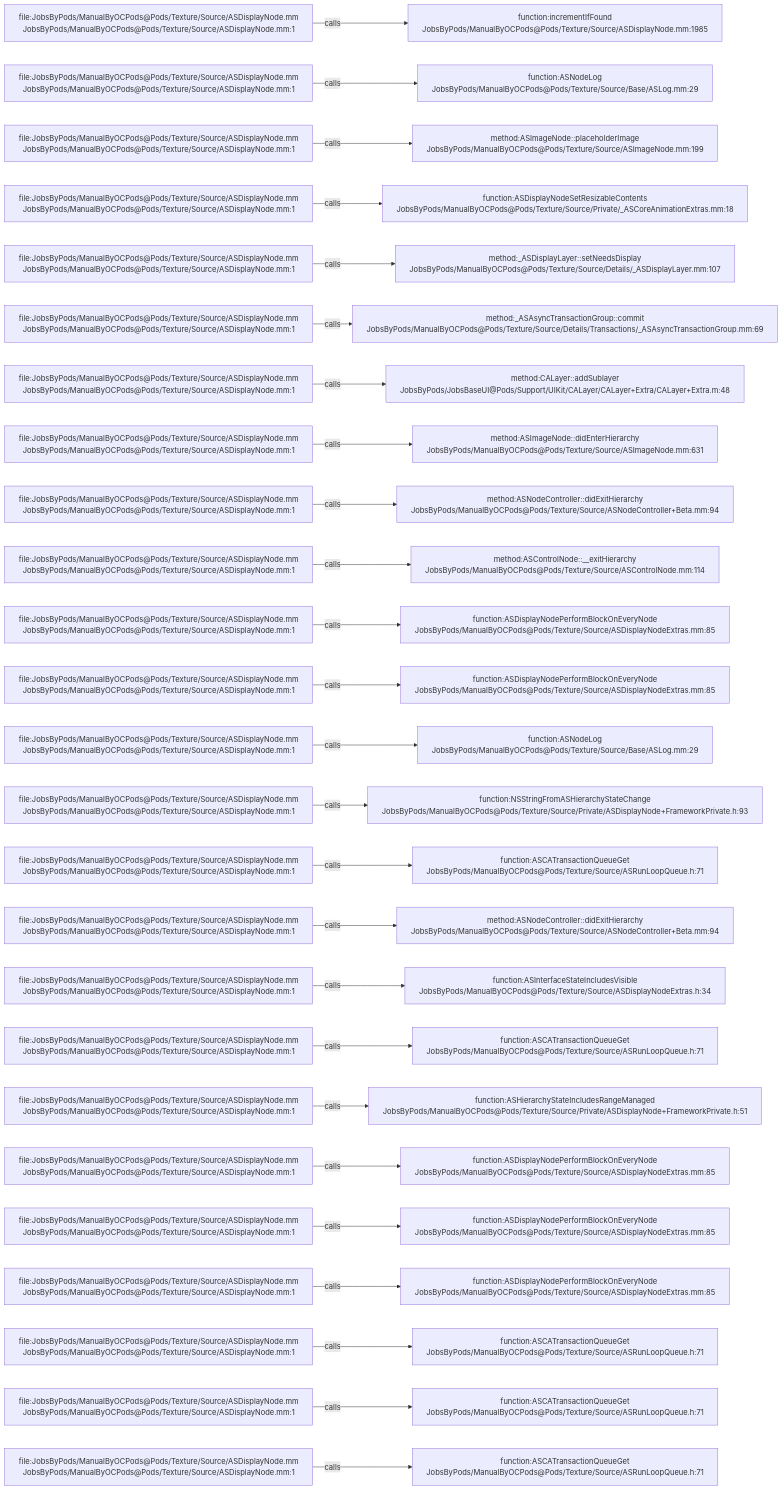
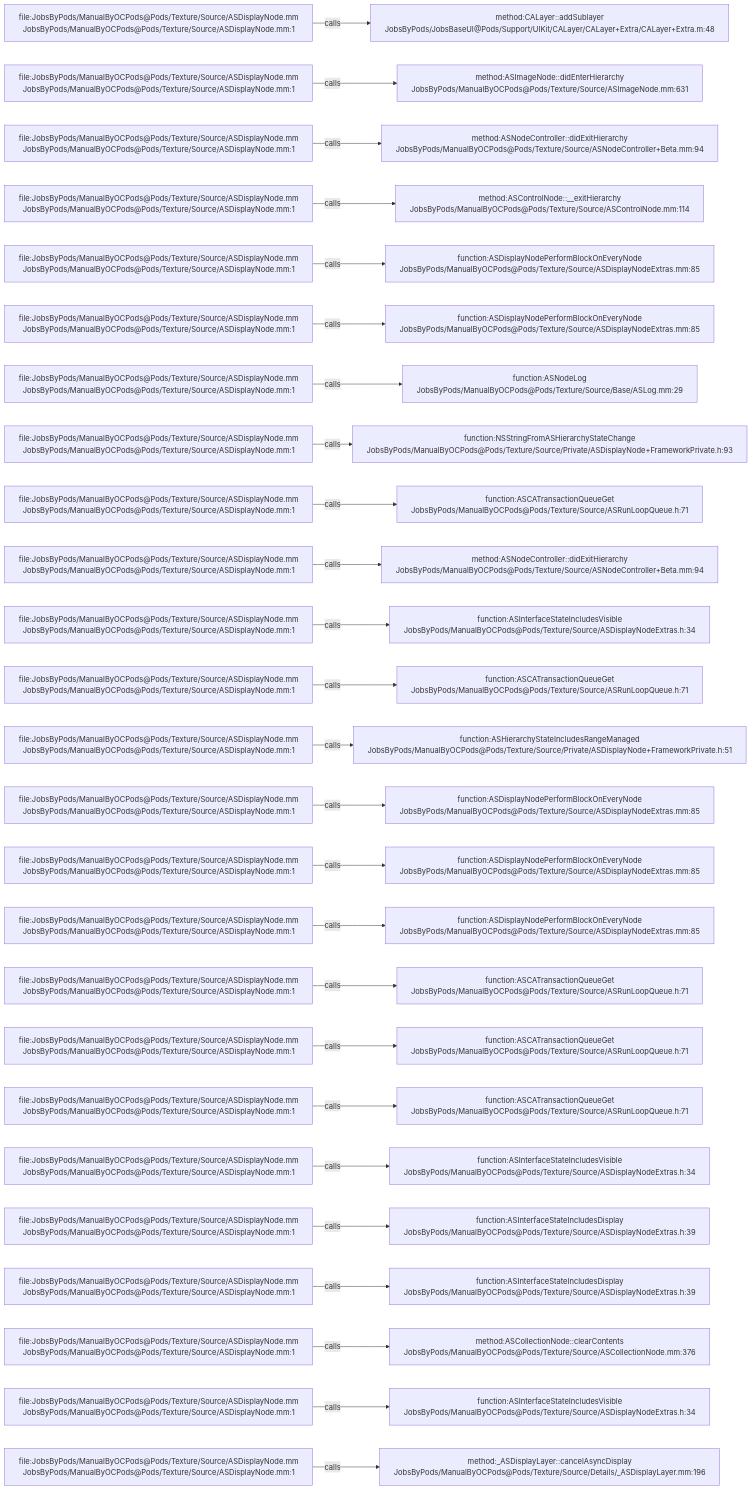
The diagram in .codegraph/codegraph.md/graphs/calls-094.md (JobsKits/JobsOCBaseConfigDemo), drawn with Mermaid before and after one commit. The commit also changed 666 other files, not shown here.

````diff
--- a/.codegraph/codegraph.md/graphs/calls-094.md
+++ b/.codegraph/codegraph.md/graphs/calls-094.md
@@ -13,78 +13,78 @@
 ```mermaid
 flowchart LR
   S1["file:JobsByPods/ManualByOCPods@Pods/Texture/Source/ASDisplayNode.mm<br/>JobsByPods/ManualByOCPods@Pods/Texture/Source/ASDisplayNode.mm:1"]
-  T1["function:incrementIfFound<br/>JobsByPods/ManualByOCPods@Pods/Texture/Source/ASDisplayNode.mm:1985"]
+  T1["method:CALayer::addSublayer<br/>JobsByPods/JobsBaseUI@Pods/Support/UIKit/CALayer/CALayer+Extra/CALayer+Extra.m:48"]
   S1 -->|calls| T1
   S2["file:JobsByPods/ManualByOCPods@Pods/Texture/Source/ASDisplayNode.mm<br/>JobsByPods/ManualByOCPods@Pods/Texture/Source/ASDisplayNode.mm:1"]
-  T2["function:ASNodeLog<br/>JobsByPods/ManualByOCPods@Pods/Texture/Source/Base/ASLog.mm:29"]
+  T2["method:ASImageNode::didEnterHierarchy<br/>JobsByPods/ManualByOCPods@Pods/Texture/Source/ASImageNode.mm:631"]
   S2 -->|calls| T2
   S3["file:JobsByPods/ManualByOCPods@Pods/Texture/Source/ASDisplayNode.mm<br/>JobsByPods/ManualByOCPods@Pods/Texture/Source/ASDisplayNode.mm:1"]
-  T3["method:ASImageNode::placeholderImage<br/>JobsByPods/ManualByOCPods@Pods/Texture/Source/ASImageNode.mm:199"]
+  T3["method:ASNodeController::didExitHierarchy<br/>JobsByPods/ManualByOCPods@Pods/Texture/Source/ASNodeController+Beta.mm:94"]
   S3 -->|calls| T3
   S4["file:JobsByPods/ManualByOCPods@Pods/Texture/Source/ASDisplayNode.mm<br/>JobsByPods/ManualByOCPods@Pods/Texture/Source/ASDisplayNode.mm:1"]
-  T4["function:ASDisplayNodeSetResizableContents<br/>JobsByPods/ManualByOCPods@Pods/Texture/Source/Private/_ASCoreAnimationExtras.mm:18"]
+  T4["method:ASControlNode::__exitHierarchy<br/>JobsByPods/ManualByOCPods@Pods/Texture/Source/ASControlNode.mm:114"]
   S4 -->|calls| T4
   S5["file:JobsByPods/ManualByOCPods@Pods/Texture/Source/ASDisplayNode.mm<br/>JobsByPods/ManualByOCPods@Pods/Texture/Source/ASDisplayNode.mm:1"]
-  T5["method:_ASDisplayLayer::setNeedsDisplay<br/>JobsByPods/ManualByOCPods@Pods/Texture/Source/Details/_ASDisplayLayer.mm:107"]
+  T5["function:ASDisplayNodePerformBlockOnEveryNode<br/>JobsByPods/ManualByOCPods@Pods/Texture/Source/ASDisplayNodeExtras.mm:85"]
   S5 -->|calls| T5
   S6["file:JobsByPods/ManualByOCPods@Pods/Texture/Source/ASDisplayNode.mm<br/>JobsByPods/ManualByOCPods@Pods/Texture/Source/ASDisplayNode.mm:1"]
-  T6["method:_ASAsyncTransactionGroup::commit<br/>JobsByPods/ManualByOCPods@Pods/Texture/Source/Details/Transactions/_ASAsyncTransactionGroup.mm:69"]
+  T6["function:ASDisplayNodePerformBlockOnEveryNode<br/>JobsByPods/ManualByOCPods@Pods/Texture/Source/ASDisplayNodeExtras.mm:85"]
   S6 -->|calls| T6
   S7["file:JobsByPods/ManualByOCPods@Pods/Texture/Source/ASDisplayNode.mm<br/>JobsByPods/ManualByOCPods@Pods/Texture/Source/ASDisplayNode.mm:1"]
-  T7["method:CALayer::addSublayer<br/>JobsByPods/JobsBaseUI@Pods/Support/UIKit/CALayer/CALayer+Extra/CALayer+Extra.m:48"]
+  T7["function:ASNodeLog<br/>JobsByPods/ManualByOCPods@Pods/Texture/Source/Base/ASLog.mm:29"]
   S7 -->|calls| T7
   S8["file:JobsByPods/ManualByOCPods@Pods/Texture/Source/ASDisplayNode.mm<br/>JobsByPods/ManualByOCPods@Pods/Texture/Source/ASDisplayNode.mm:1"]
-  T8["method:ASImageNode::didEnterHierarchy<br/>JobsByPods/ManualByOCPods@Pods/Texture/Source/ASImageNode.mm:631"]
+  T8["function:NSStringFromASHierarchyStateChange<br/>JobsByPods/ManualByOCPods@Pods/Texture/Source/Private/ASDisplayNode+FrameworkPrivate.h:93"]
   S8 -->|calls| T8
   S9["file:JobsByPods/ManualByOCPods@Pods/Texture/Source/ASDisplayNode.mm<br/>JobsByPods/ManualByOCPods@Pods/Texture/Source/ASDisplayNode.mm:1"]
-  T9["method:ASNodeController::didExitHierarchy<br/>JobsByPods/ManualByOCPods@Pods/Texture/Source/ASNodeController+Beta.mm:94"]
+  T9["function:ASCATransactionQueueGet<br/>JobsByPods/ManualByOCPods@Pods/Texture/Source/ASRunLoopQueue.h:71"]
   S9 -->|calls| T9
   S10["file:JobsByPods/ManualByOCPods@Pods/Texture/Source/ASDisplayNode.mm<br/>JobsByPods/ManualByOCPods@Pods/Texture/Source/ASDisplayNode.mm:1"]
-  T10["method:ASControlNode::__exitHierarchy<br/>JobsByPods/ManualByOCPods@Pods/Texture/Source/ASControlNode.mm:114"]
+  T10["method:ASNodeController::didExitHierarchy<br/>JobsByPods/ManualByOCPods@Pods/Texture/Source/ASNodeController+Beta.mm:94"]
   S10 -->|calls| T10
   S11["file:JobsByPods/ManualByOCPods@Pods/Texture/Source/ASDisplayNode.mm<br/>JobsByPods/ManualByOCPods@Pods/Texture/Source/ASDisplayNode.mm:1"]
-  T11["function:ASDisplayNodePerformBlockOnEveryNode<br/>JobsByPods/ManualByOCPods@Pods/Texture/Source/ASDisplayNodeExtras.mm:85"]
+  T11["function:ASInterfaceStateIncludesVisible<br/>JobsByPods/ManualByOCPods@Pods/Texture/Source/ASDisplayNodeExtras.h:34"]
   S11 -->|calls| T11
   S12["file:JobsByPods/ManualByOCPods@Pods/Texture/Source/ASDisplayNode.mm<br/>JobsByPods/ManualByOCPods@Pods/Texture/Source/ASDisplayNode.mm:1"]
-  T12["function:ASDisplayNodePerformBlockOnEveryNode<br/>JobsByPods/ManualByOCPods@Pods/Texture/Source/ASDisplayNodeExtras.mm:85"]
+  T12["function:ASCATransactionQueueGet<br/>JobsByPods/ManualByOCPods@Pods/Texture/Source/ASRunLoopQueue.h:71"]
   S12 -->|calls| T12
   S13["file:JobsByPods/ManualByOCPods@Pods/Texture/Source/ASDisplayNode.mm<br/>JobsByPods/ManualByOCPods@Pods/Texture/Source/ASDisplayNode.mm:1"]
-  T13["function:ASNodeLog<br/>JobsByPods/ManualByOCPods@Pods/Texture/Source/Base/ASLog.mm:29"]
+  T13["function:ASHierarchyStateIncludesRangeManaged<br/>JobsByPods/ManualByOCPods@Pods/Texture/Source/Private/ASDisplayNode+FrameworkPrivate.h:51"]
   S13 -->|calls| T13
   S14["file:JobsByPods/ManualByOCPods@Pods/Texture/Source/ASDisplayNode.mm<br/>JobsByPods/ManualByOCPods@Pods/Texture/Source/ASDisplayNode.mm:1"]
-  T14["function:NSStringFromASHierarchyStateChange<br/>JobsByPods/ManualByOCPods@Pods/Texture/Source/Private/ASDisplayNode+FrameworkPrivate.h:93"]
+  T14["function:ASDisplayNodePerformBlockOnEveryNode<br/>JobsByPods/ManualByOCPods@Pods/Texture/Source/ASDisplayNodeExtras.mm:85"]
   S14 -->|calls| T14
   S15["file:JobsByPods/ManualByOCPods@Pods/Texture/Source/ASDisplayNode.mm<br/>JobsByPods/ManualByOCPods@Pods/Texture/Source/ASDisplayNode.mm:1"]
-  T15["function:ASCATransactionQueueGet<br/>JobsByPods/ManualByOCPods@Pods/Texture/Source/ASRunLoopQueue.h:71"]
+  T15["function:ASDisplayNodePerformBlockOnEveryNode<br/>JobsByPods/ManualByOCPods@Pods/Texture/Source/ASDisplayNodeExtras.mm:85"]
   S15 -->|calls| T15
   S16["file:JobsByPods/ManualByOCPods@Pods/Texture/Source/ASDisplayNode.mm<br/>JobsByPods/ManualByOCPods@Pods/Texture/Source/ASDisplayNode.mm:1"]
-  T16["method:ASNodeController::didExitHierarchy<br/>JobsByPods/ManualByOCPods@Pods/Texture/Source/ASNodeController+Beta.mm:94"]
+  T16["function:ASDisplayNodePerformBlockOnEveryNode<br/>JobsByPods/ManualByOCPods@Pods/Texture/Source/ASDisplayNodeExtras.mm:85"]
   S16 -->|calls| T16
   S17["file:JobsByPods/ManualByOCPods@Pods/Texture/Source/ASDisplayNode.mm<br/>JobsByPods/ManualByOCPods@Pods/Texture/Source/ASDisplayNode.mm:1"]
-  T17["function:ASInterfaceStateIncludesVisible<br/>JobsByPods/ManualByOCPods@Pods/Texture/Source/ASDisplayNodeExtras.h:34"]
+  T17["function:ASCATransactionQueueGet<br/>JobsByPods/ManualByOCPods@Pods/Texture/Source/ASRunLoopQueue.h:71"]
   S17 -->|calls| T17
   S18["file:JobsByPods/ManualByOCPods@Pods/Texture/Source/ASDisplayNode.mm<br/>JobsByPods/ManualByOCPods@Pods/Texture/Source/ASDisplayNode.mm:1"]
   T18["function:ASCATransactionQueueGet<br/>JobsByPods/ManualByOCPods@Pods/Texture/Source/ASRunLoopQueue.h:71"]
   S18 -->|calls| T18
   S19["file:JobsByPods/ManualByOCPods@Pods/Texture/Source/ASDisplayNode.mm<br/>JobsByPods/ManualByOCPods@Pods/Texture/Source/ASDisplayNode.mm:1"]
-  T19["function:ASHierarchyStateIncludesRangeManaged<br/>JobsByPods/ManualByOCPods@Pods/Texture/Source/Private/ASDisplayNode+FrameworkPrivate.h:51"]
+  T19["function:ASCATransactionQueueGet<br/>JobsByPods/ManualByOCPods@Pods/Texture/Source/ASRunLoopQueue.h:71"]
   S19 -->|calls| T19
   S20["file:JobsByPods/ManualByOCPods@Pods/Texture/Source/ASDisplayNode.mm<br/>JobsByPods/ManualByOCPods@Pods/Texture/Source/ASDisplayNode.mm:1"]
-  T20["function:ASDisplayNodePerformBlockOnEveryNode<br/>JobsByPods/ManualByOCPods@Pods/Texture/Source/ASDisplayNodeExtras.mm:85"]
+  T20["function:ASInterfaceStateIncludesVisible<br/>JobsByPods/ManualByOCPods@Pods/Texture/Source/ASDisplayNodeExtras.h:34"]
   S20 -->|calls| T20
   S21["file:JobsByPods/ManualByOCPods@Pods/Texture/Source/ASDisplayNode.mm<br/>JobsByPods/ManualByOCPods@Pods/Texture/Source/ASDisplayNode.mm:1"]
-  T21["function:ASDisplayNodePerformBlockOnEveryNode<br/>JobsByPods/ManualByOCPods@Pods/Texture/Source/ASDisplayNodeExtras.mm:85"]
+  T21["function:ASInterfaceStateIncludesDisplay<br/>JobsByPods/ManualByOCPods@Pods/Texture/Source/ASDisplayNodeExtras.h:39"]
   S21 -->|calls| T21
   S22["file:JobsByPods/ManualByOCPods@Pods/Texture/Source/ASDisplayNode.mm<br/>JobsByPods/ManualByOCPods@Pods/Texture/Source/ASDisplayNode.mm:1"]
-  T22["function:ASDisplayNodePerformBlockOnEveryNode<br/>JobsByPods/ManualByOCPods@Pods/Texture/Source/ASDisplayNodeExtras.mm:85"]
+  T22["function:ASInterfaceStateIncludesDisplay<br/>JobsByPods/ManualByOCPods@Pods/Texture/Source/ASDisplayNodeExtras.h:39"]
   S22 -->|calls| T22
   S23["file:JobsByPods/ManualByOCPods@Pods/Texture/Source/ASDisplayNode.mm<br/>JobsByPods/ManualByOCPods@Pods/Texture/Source/ASDisplayNode.mm:1"]
-  T23["function:ASCATransactionQueueGet<br/>JobsByPods/ManualByOCPods@Pods/Texture/Source/ASRunLoopQueue.h:71"]
+  T23["method:ASCollectionNode::clearContents<br/>JobsByPods/ManualByOCPods@Pods/Texture/Source/ASCollectionNode.mm:376"]
   S23 -->|calls| T23
   S24["file:JobsByPods/ManualByOCPods@Pods/Texture/Source/ASDisplayNode.mm<br/>JobsByPods/ManualByOCPods@Pods/Texture/Source/ASDisplayNode.mm:1"]
-  T24["function:ASCATransactionQueueGet<br/>JobsByPods/ManualByOCPods@Pods/Texture/Source/ASRunLoopQueue.h:71"]
+  T24["function:ASInterfaceStateIncludesVisible<br/>JobsByPods/ManualByOCPods@Pods/Texture/Source/ASDisplayNodeExtras.h:34"]
   S24 -->|calls| T24
   S25["file:JobsByPods/ManualByOCPods@Pods/Texture/Source/ASDisplayNode.mm<br/>JobsByPods/ManualByOCPods@Pods/Texture/Source/ASDisplayNode.mm:1"]
-  T25["function:ASCATransactionQueueGet<br/>JobsByPods/ManualByOCPods@Pods/Texture/Source/ASRunLoopQueue.h:71"]
+  T25["method:_ASDisplayLayer::cancelAsyncDisplay<br/>JobsByPods/ManualByOCPods@Pods/Texture/Source/Details/_ASDisplayLayer.mm:196"]
   S25 -->|calls| T25
 ```
````
